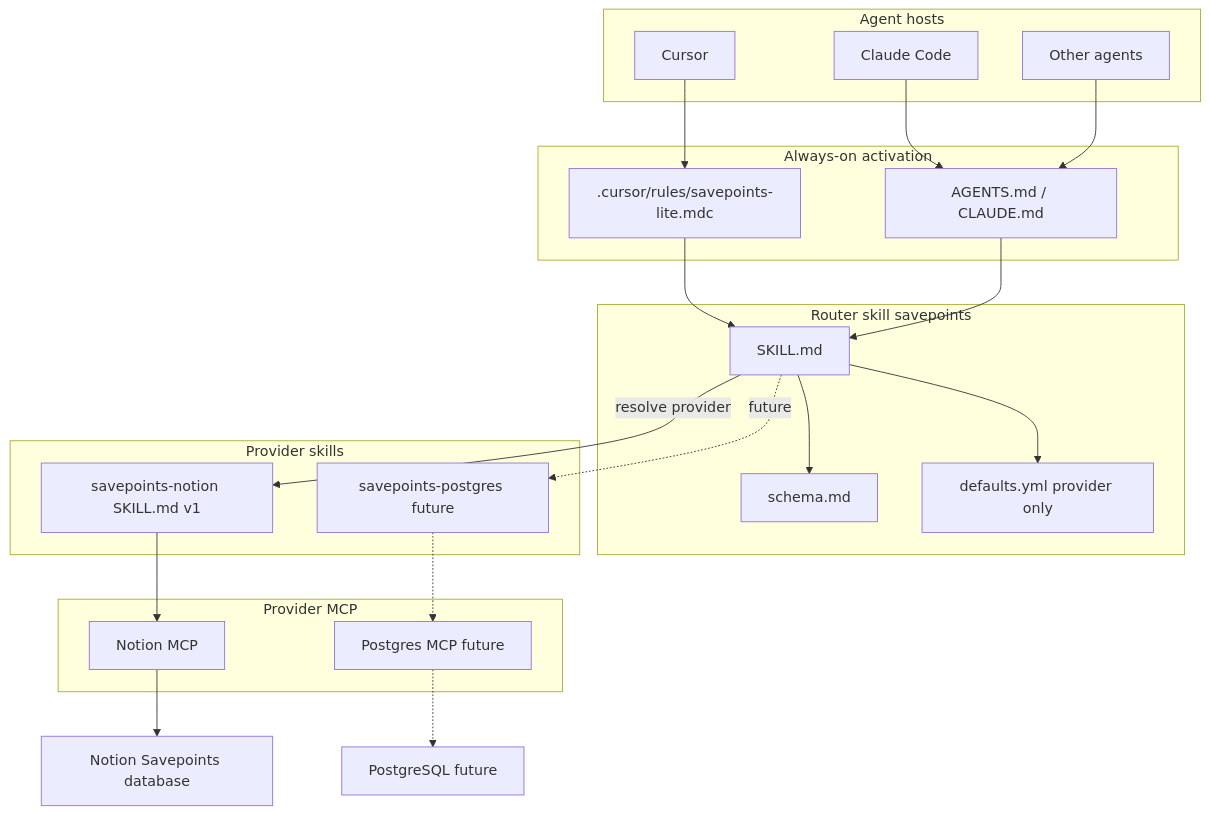
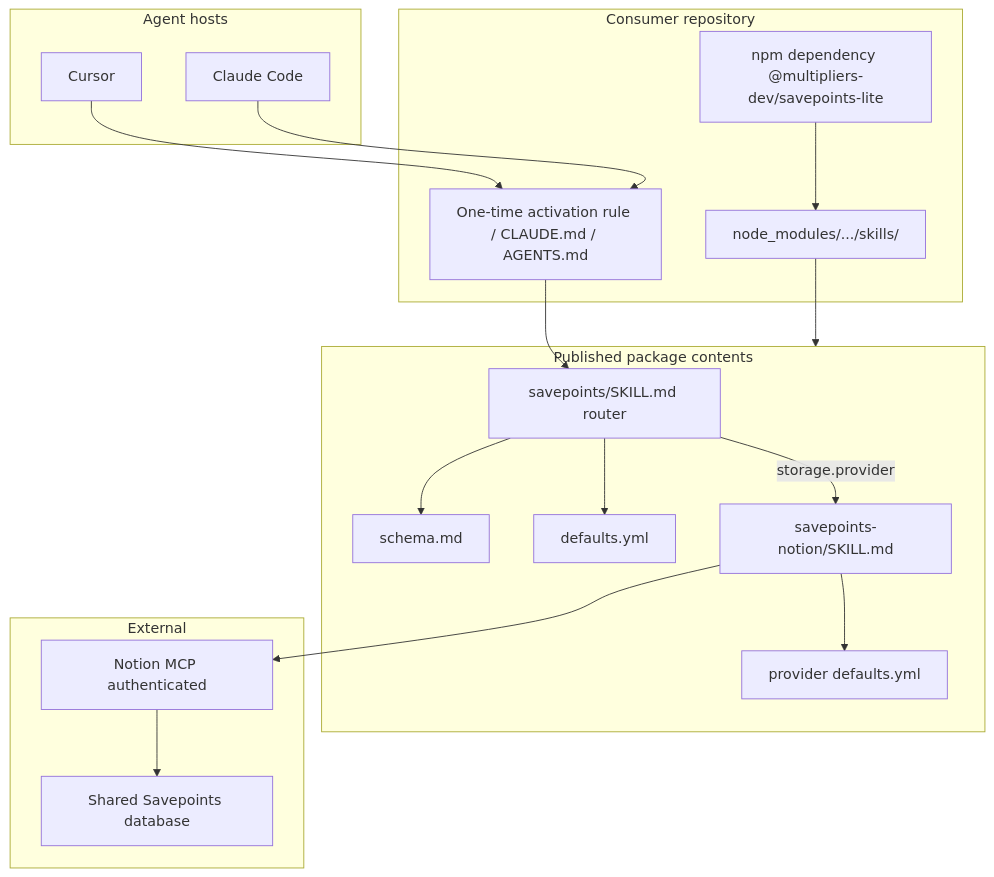
Before and after one commit to multipliers-dev/savepoints-lite: the diagram in .cursor/plans/2026-10-27-savepoints-lite-v1.plan.md, drawn with Mermaid. The commit also changed other lines of this file, not shown here.

First line of the commit message:
Plan: npm-first distribution with router and provider skills.

````diff
--- a/.cursor/plans/2026-10-27-savepoints-lite-v1.plan.md
+++ b/.cursor/plans/2026-10-27-savepoints-lite-v1.plan.md
@@ -31,38 +31,34 @@
 ```mermaid
 flowchart TB
+  subgraph consumer [Consumer repository]
+    NpmDep["npm dependency @multipliers-dev/savepoints-lite"]
+    Activation["One-time activation rule / CLAUDE.md / AGENTS.md"]
+    NodeModules["node_modules/.../skills/"]
+  end
   subgraph hosts [Agent hosts]
     Cursor["Cursor"]
     Claude["Claude Code"]
-    Other["Other agents"]
   end
-  subgraph activation [Always-on activation]
-    Rule[".cursor/rules/savepoints-lite.mdc"]
-    AgentsDoc["AGENTS.md / CLAUDE.md"]
+  subgraph pkg [Published package contents]
+    RouterSkill["savepoints/SKILL.md router"]
+    Schema["schema.md"]
+    RouterDefaults["defaults.yml"]
+    NotionSkill["savepoints-notion/SKILL.md"]
+    NotionDefaults["provider defaults.yml"]
   end
-  subgraph router [Router skill savepoints]
-    RouterSkill["SKILL.md"]
-    Schema["schema.md"]
-    RouterDefaults["defaults.yml provider only"]
+  subgraph external [External]
+    NotionMCP["Notion MCP authenticated"]
+    NotionDB["Shared Savepoints database"]
   end
-  subgraph providersSkills [Provider skills]
-    NotionSkill["savepoints-notion SKILL.md v1"]
-    PgSkill["savepoints-postgres future"]
-  end
-  subgraph mcp [Provider MCP]
-    NotionMCP["Notion MCP"]
-    PgMCP["Postgres MCP future"]
-  end
-  Cursor --> Rule
-  Claude --> AgentsDoc
-  Other --> AgentsDoc
-  Rule --> RouterSkill
-  AgentsDoc --> RouterSkill
+  NpmDep --> NodeModules
+  NodeModules --> pkg
+  Cursor --> Activation
+  Claude --> Activation
+  Activation --> RouterSkill
   RouterSkill --> Schema
   RouterSkill --> RouterDefaults
-  RouterSkill -->|"resolve provider"| NotionSkill
-  RouterSkill -.->|"future"| PgSkill
+  RouterSkill -->|"storage.provider"| NotionSkill
+  NotionSkill --> NotionDefaults
   NotionSkill --> NotionMCP
-  PgSkill -.-> PgMCP
-  NotionMCP --> NotionDB["Notion Savepoints database"]
-  PgMCP -.-> Postgres["PostgreSQL future"]
+  NotionMCP --> NotionDB
 ```
````
